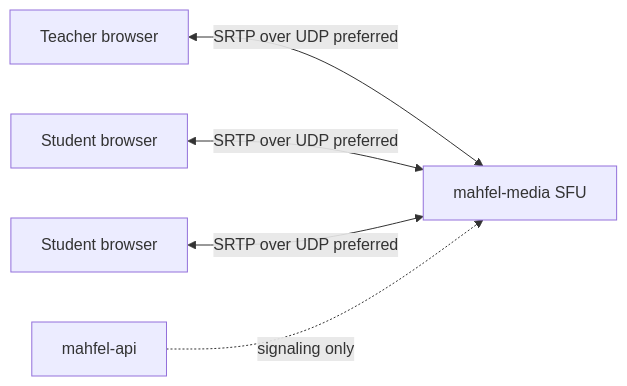
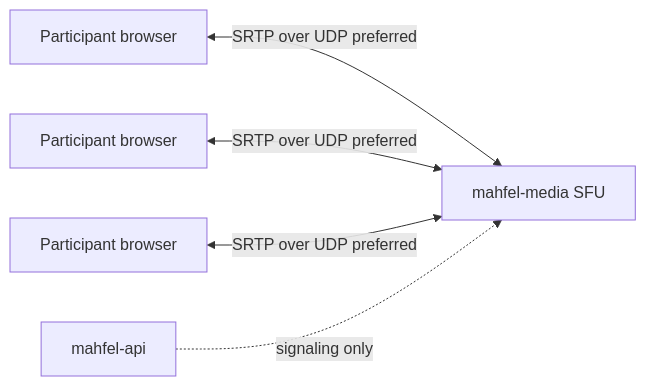
The fourth of 6 diagrams in docs/architecture/data-flow.md (mhyrzt/mahfel), drawn with Mermaid before and after one commit. The commit also changed other lines of this file and 32 other files, not shown here.

````diff
--- a/docs/architecture/data-flow.md
+++ b/docs/architecture/data-flow.md
@@ -65,7 +65,7 @@
 ```mermaid
 flowchart LR
-  A[Teacher browser] <-->|SRTP over UDP preferred| M[mahfel-media SFU]
-  B[Student browser] <-->|SRTP over UDP preferred| M
-  C[Student browser] <-->|SRTP over UDP preferred| M
+  A[Participant browser] <-->|SRTP over UDP preferred| M[mahfel-media SFU]
+  B[Participant browser] <-->|SRTP over UDP preferred| M
+  C[Participant browser] <-->|SRTP over UDP preferred| M
   API[mahfel-api] -. signaling only .-> M
 ```
````
